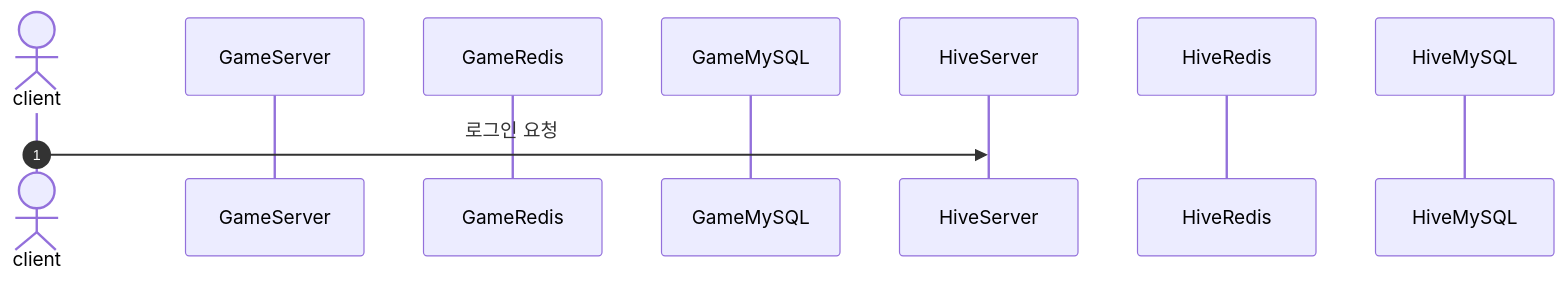
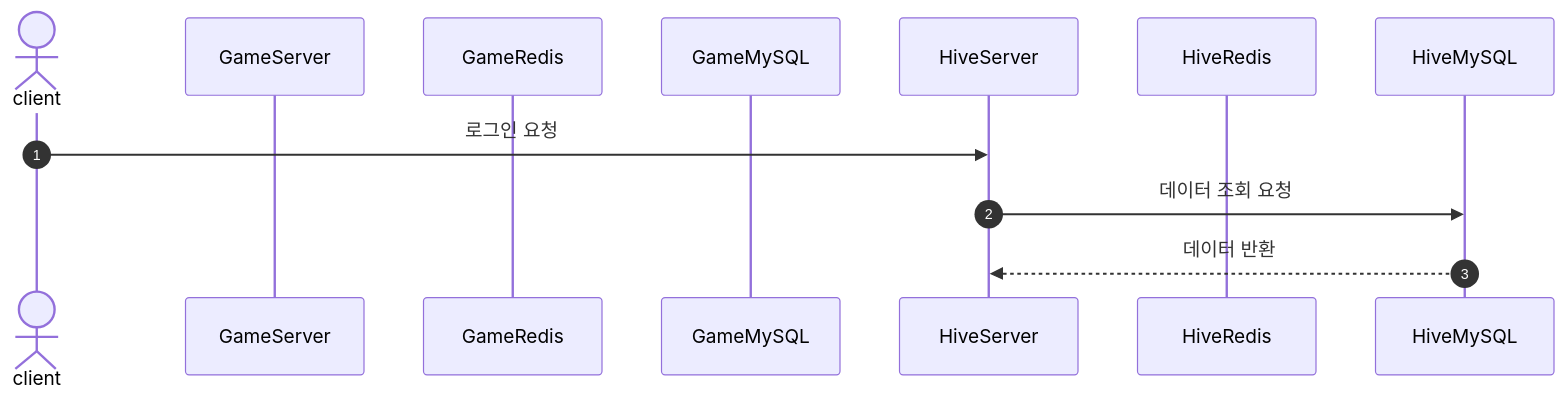
The second of 2 diagrams in SequenceDiagram.md (hhes0225/OmokServer), drawn with Mermaid before and after one commit.

````diff
--- a/SequenceDiagram.md
+++ b/SequenceDiagram.md
@@ -16,12 +16,15 @@
 ```mermaid
 sequenceDiagram
   autonumber
   actor A as client
   participant B as GameServer
   participant C as GameRedis
   participant D as GameMySQL
   participant E as HiveServer
   participant F as HiveRedis
   participant G as HiveMySQL
   A->>E:로그인 요청
+  E->>G: 데이터 조회 요청
+  G-->>E: 데이터 반환
+  
 ```
````
